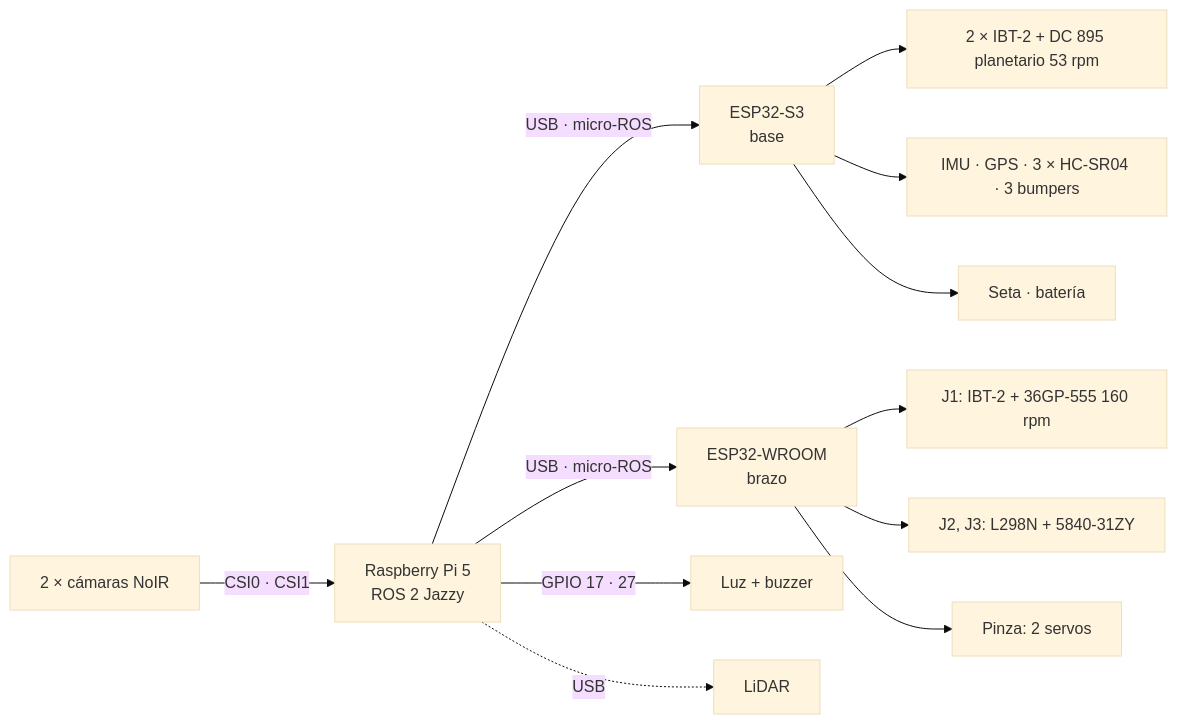
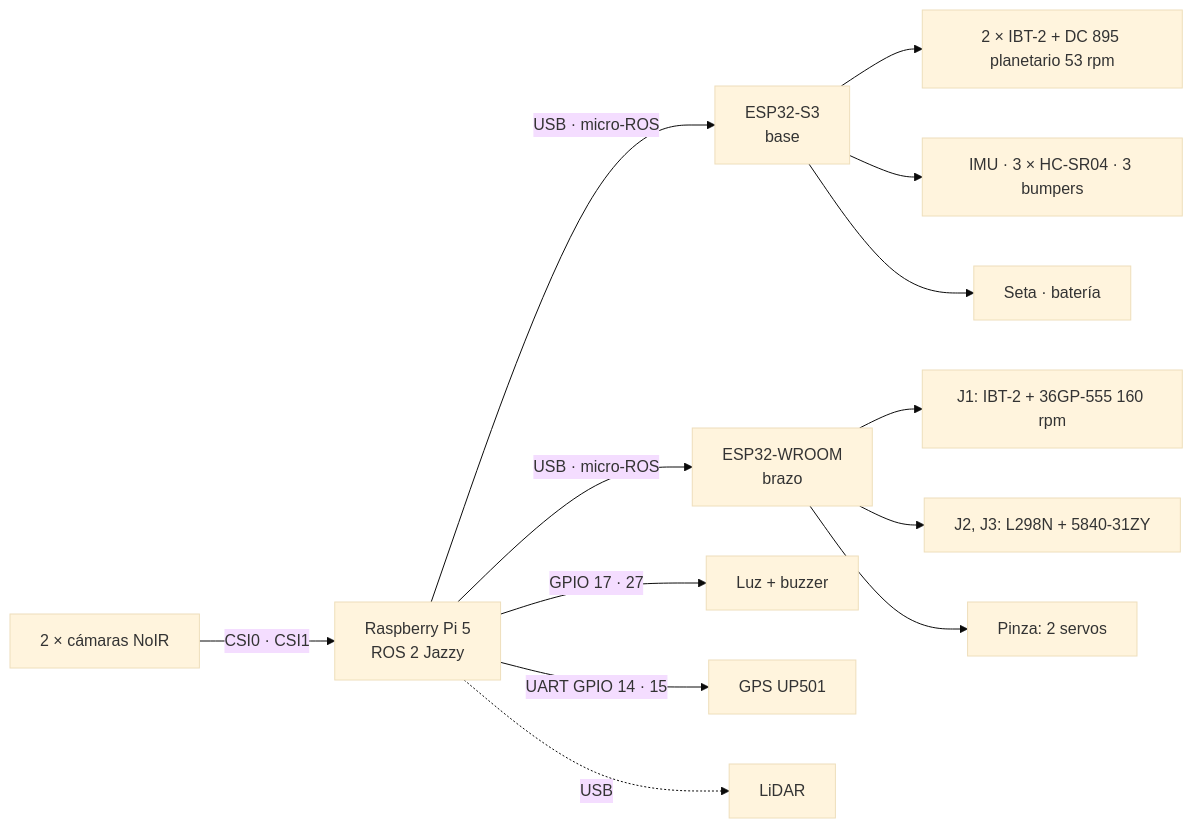
Before and after one commit to HecVelaz/recolector_de_frutas: the diagram in docs/CONEXIONES.md, drawn with Mermaid (base theme). The commit also changed other lines of this file and 12 other files, not shown here.

````diff
--- a/docs/CONEXIONES.md
+++ b/docs/CONEXIONES.md
@@ -7,14 +7,15 @@
 ```mermaid
 flowchart LR
   CAM[2 × cámaras NoIR] -- CSI0 · CSI1 --> PI[Raspberry Pi 5<br/>ROS 2 Jazzy]
   PI -- USB · micro-ROS --> S3[ESP32-S3<br/>base]
   PI -- USB · micro-ROS --> WR[ESP32-WROOM<br/>brazo]
   PI -- GPIO 17 · 27 --> IND[Luz + buzzer]
+  PI -- UART GPIO 14 · 15 --> GPS[GPS UP501]
   PI -. USB .-> LID[LiDAR]
   S3 --> TR[2 × IBT-2 + DC 895 planetario 53 rpm]
-  S3 --> SEN[IMU · GPS · 3 × HC-SR04 · 3 bumpers]
+  S3 --> SEN[IMU · 3 × HC-SR04 · 3 bumpers]
   S3 --> SEG[Seta · batería]
   WR --> J1[J1: IBT-2 + 36GP-555 160 rpm]
   WR --> J23[J2, J3: L298N + 5840-31ZY]
   WR --> PZ[Pinza: 2 servos]
 ```
````
